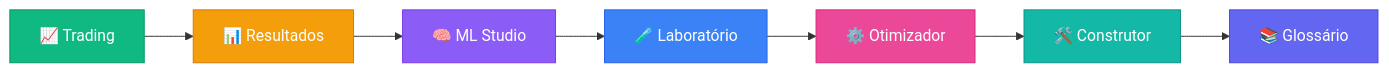
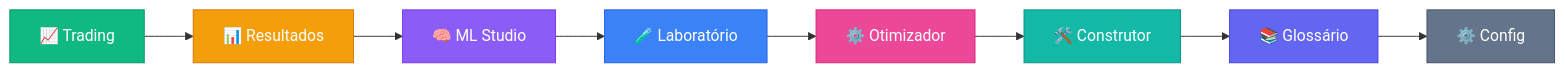
The second of 2 diagrams in README.md (Iquitim/Gastor), drawn with Mermaid before and after one commit. The commit also changed other lines of this file and 5 other files, not shown here.

````diff
--- a/README.md
+++ b/README.md
@@ -166,17 +166,19 @@
 ```mermaid
 graph LR
     A["📈 Trading"] --> B["📊 Resultados"]
     B --> C["🧠 ML Studio"]
     C --> D["🧪 Laboratório"]
     D --> E["⚙️ Otimizador"]
     E --> F["🛠️ Construtor"]
     F --> G["📚 Glossário"]
+    G --> H["⚙️ Config"]
     
     style A fill:#10b981,stroke:#059669,color:#fff
     style B fill:#f59e0b,stroke:#d97706,color:#fff
     style C fill:#8b5cf6,stroke:#7c3aed,color:#fff
     style D fill:#3b82f6,stroke:#2563eb,color:#fff
     style E fill:#ec4899,stroke:#db2777,color:#fff
     style F fill:#14b8a6,stroke:#0d9488,color:#fff
     style G fill:#6366f1,stroke:#4f46e5,color:#fff
+    style H fill:#64748b,stroke:#475569,color:#fff
 ```
````
